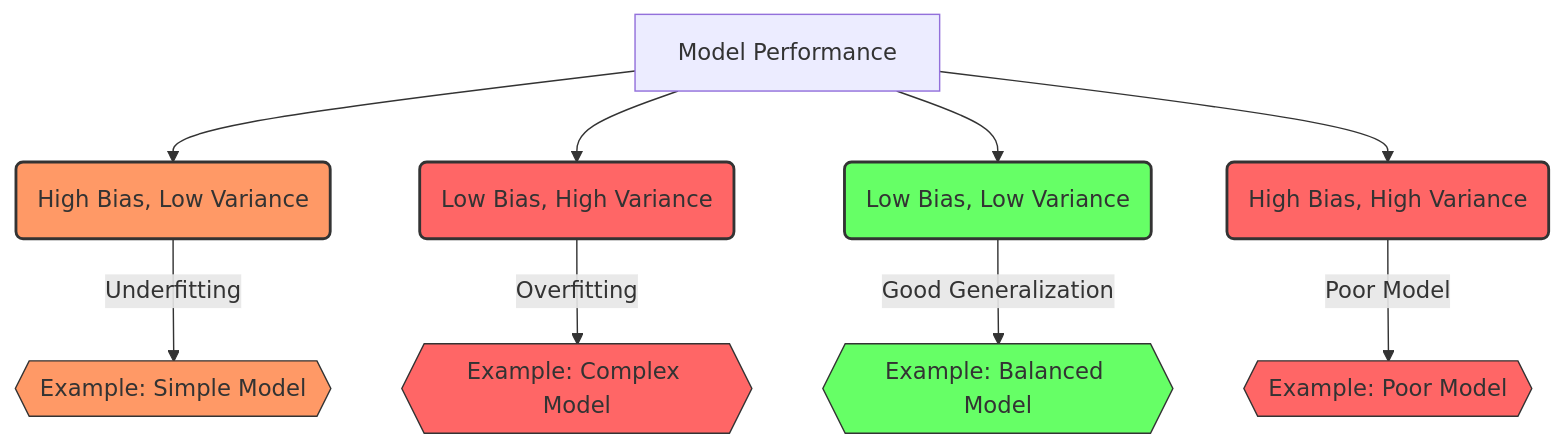
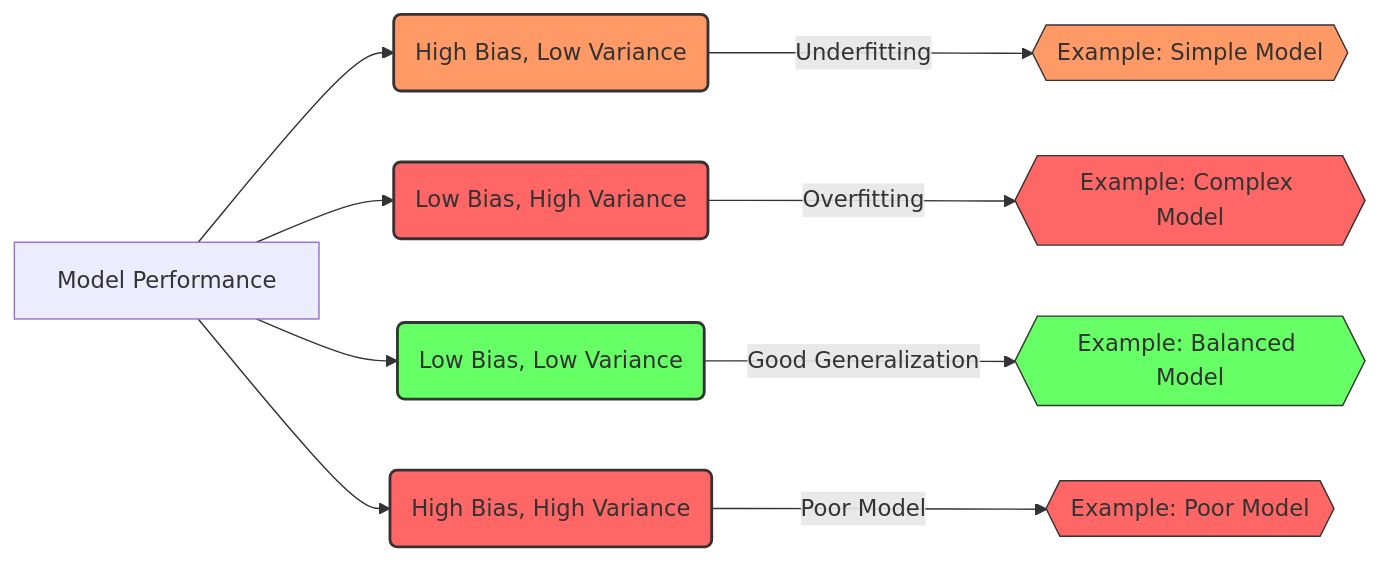
Before and after one commit to proy9714/ml-and-ai-digital-garden: the diagram in src/site/notes/Bias vs Variance.md, drawn with Mermaid. The commit also changed other lines of this file, not shown here.

Commit message:
Update content src/site/notes/Bias vs Variance.md

````diff
--- a/src/site/notes/Bias vs Variance.md
+++ b/src/site/notes/Bias vs Variance.md
@@ -36,23 +36,23 @@
 ```mermaid
-graph TD;
+graph LR;
     A[Model Performance];
     A --> B(High Bias, Low Variance);
     A --> C(Low Bias, High Variance);
     A --> D(Low Bias, Low Variance);
     A --> E(High Bias, High Variance);
 
     B -->|Underfitting| F{{Example: Simple Model}};
     C -->|Overfitting| G{{Example: Complex Model}};
     D -->|Good Generalization| H{{Example: Balanced Model}};
     E -->|Poor Model| I{{Example: Poor Model}};
 
     style B fill:#f96,stroke:#333,stroke-width:2px;
     style C fill:#f66,stroke:#333,stroke-width:2px;
     style D fill:#6f6,stroke:#333,stroke-width:2px;
     style E fill:#f66,stroke:#333,stroke-width:2px;
     style F fill:#f96,stroke:#333,stroke-width:1px;
     style G fill:#f66,stroke:#333,stroke-width:1px;
     style H fill:#6f6,stroke:#333,stroke-width:1px;
     style I fill:#f66,stroke:#333,stroke-width:1px;
 
 ```
````
